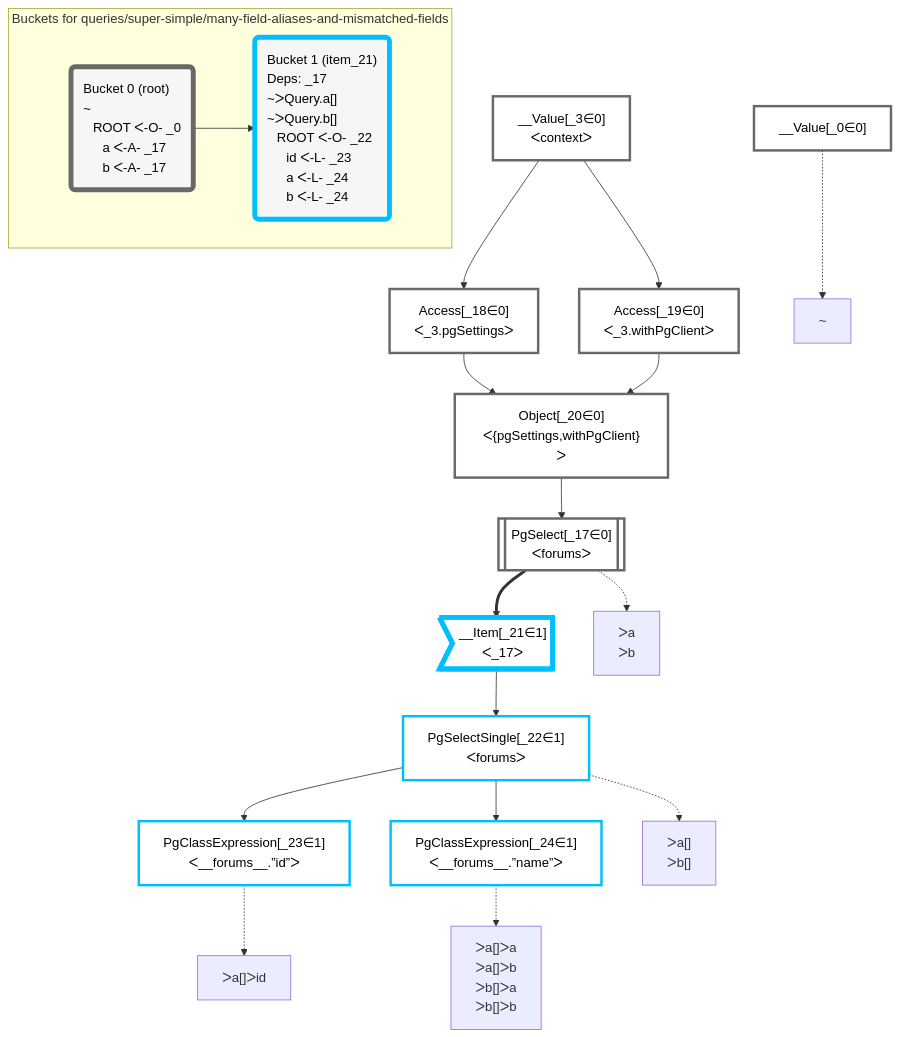
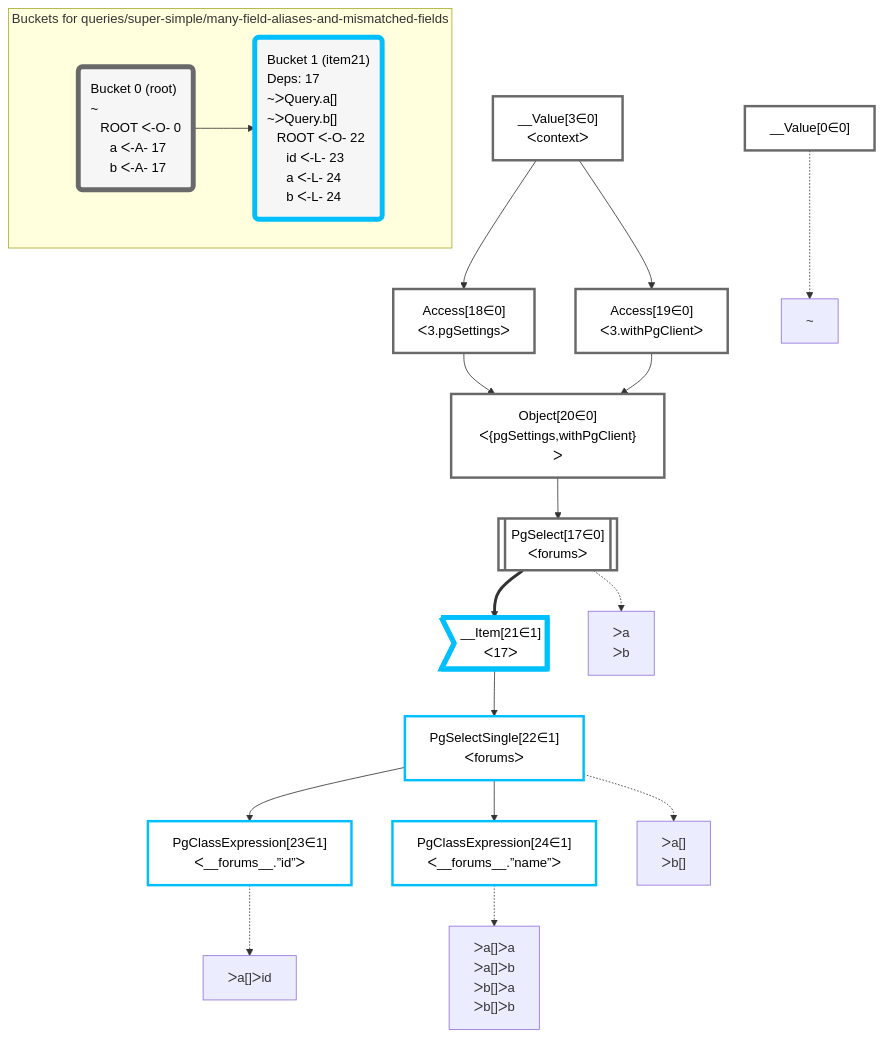
The diagram in packages/dataplan-pg/__tests__/queries/super-simple/many-field-aliases-and-mismatched-fields.deopt.mermaid.md (graphile/crystal), drawn with Mermaid before and after one commit. The commit also changed 195 other files, not shown here.

````diff
--- a/packages/dataplan-pg/__tests__/queries/super-simple/many-field-aliases-and-mismatched-fields.deopt.mermaid.md
+++ b/packages/dataplan-pg/__tests__/queries/super-simple/many-field-aliases-and-mismatched-fields.deopt.mermaid.md
@@ -1,53 +1,53 @@
 ```mermaid
 graph TD
     classDef path fill:#eee,stroke:#000,color:#000
     classDef plan fill:#fff,stroke-width:3px,color:#000
     classDef itemplan fill:#fff,stroke-width:6px,color:#000
     classDef sideeffectplan fill:#f00,stroke-width:6px,color:#000
     classDef bucket fill:#f6f6f6,color:#000,stroke-width:6px,text-align:left
 
 
     %% define plans
-    __Value_0["__Value[_0∈0]"]:::plan
-    PgClassExpression_23["PgClassExpression[_23∈1]<br />ᐸ__forums__.”id”ᐳ"]:::plan
-    PgClassExpression_24["PgClassExpression[_24∈1]<br />ᐸ__forums__.”name”ᐳ"]:::plan
-    PgSelectSingle_22["PgSelectSingle[_22∈1]<br />ᐸforumsᐳ"]:::plan
-    __Item_21>"__Item[_21∈1]<br />ᐸ_17ᐳ"]:::itemplan
-    PgSelect_17[["PgSelect[_17∈0]<br />ᐸforumsᐳ"]]:::plan
-    Object_20["Object[_20∈0]<br />ᐸ{pgSettings,withPgClient}ᐳ"]:::plan
-    Access_18["Access[_18∈0]<br />ᐸ_3.pgSettingsᐳ"]:::plan
-    Access_19["Access[_19∈0]<br />ᐸ_3.withPgClientᐳ"]:::plan
-    __Value_3["__Value[_3∈0]<br />ᐸcontextᐳ"]:::plan
+    __Value0["__Value[0∈0]"]:::plan
+    PgClassExpression23["PgClassExpression[23∈1]<br />ᐸ__forums__.”id”ᐳ"]:::plan
+    PgClassExpression24["PgClassExpression[24∈1]<br />ᐸ__forums__.”name”ᐳ"]:::plan
+    PgSelectSingle22["PgSelectSingle[22∈1]<br />ᐸforumsᐳ"]:::plan
+    __Item21>"__Item[21∈1]<br />ᐸ17ᐳ"]:::itemplan
+    PgSelect17[["PgSelect[17∈0]<br />ᐸforumsᐳ"]]:::plan
+    Object20["Object[20∈0]<br />ᐸ{pgSettings,withPgClient}ᐳ"]:::plan
+    Access18["Access[18∈0]<br />ᐸ3.pgSettingsᐳ"]:::plan
+    Access19["Access[19∈0]<br />ᐸ3.withPgClientᐳ"]:::plan
+    __Value3["__Value[3∈0]<br />ᐸcontextᐳ"]:::plan
 
     %% plan dependencies
-    PgSelectSingle_22 --> PgClassExpression_23
-    PgSelectSingle_22 --> PgClassExpression_24
-    __Item_21 --> PgSelectSingle_22
-    PgSelect_17 ==> __Item_21
-    Object_20 --> PgSelect_17
-    Access_18 & Access_19 --> Object_20
-    __Value_3 --> Access_18
-    __Value_3 --> Access_19
+    PgSelectSingle22 --> PgClassExpression23
+    PgSelectSingle22 --> PgClassExpression24
+    __Item21 --> PgSelectSingle22
+    PgSelect17 ==> __Item21
+    Object20 --> PgSelect17
+    Access18 & Access19 --> Object20
+    __Value3 --> Access18
+    __Value3 --> Access19
 
     %% plan-to-path relationships
-    P_0["~"]
-    __Value_0 -.-> P_0
-    P_17["ᐳa<br />ᐳb"]
-    PgSelect_17 -.-> P_17
-    P_22["ᐳa[]<br />ᐳb[]"]
-    PgSelectSingle_22 -.-> P_22
-    P_23["ᐳa[]ᐳid"]
-    PgClassExpression_23 -.-> P_23
-    P_24["ᐳa[]ᐳa<br />ᐳa[]ᐳb<br />ᐳb[]ᐳa<br />ᐳb[]ᐳb"]
-    PgClassExpression_24 -.-> P_24
+    P0["~"]
+    __Value0 -.-> P0
+    P17["ᐳa<br />ᐳb"]
+    PgSelect17 -.-> P17
+    P22["ᐳa[]<br />ᐳb[]"]
+    PgSelectSingle22 -.-> P22
+    P23["ᐳa[]ᐳid"]
+    PgClassExpression23 -.-> P23
+    P24["ᐳa[]ᐳa<br />ᐳa[]ᐳb<br />ᐳb[]ᐳa<br />ᐳb[]ᐳb"]
+    PgClassExpression24 -.-> P24
 
     subgraph "Buckets for queries/super-simple/many-field-aliases-and-mismatched-fields"
-    Bucket0("Bucket 0 (root)<br />~<br />⠀ROOT ᐸ-O- _0<br />⠀⠀a ᐸ-A- _17<br />⠀⠀b ᐸ-A- _17"):::bucket
+    Bucket0("Bucket 0 (root)<br />~<br />⠀ROOT ᐸ-O- 0<br />⠀⠀a ᐸ-A- 17<br />⠀⠀b ᐸ-A- 17"):::bucket
     classDef bucket0 stroke:#696969
-    class Bucket0,__Value_0,__Value_3,PgSelect_17,Access_18,Access_19,Object_20 bucket0
-    Bucket1("Bucket 1 (item_21)<br />Deps: _17<br />~ᐳQuery.a[]<br />~ᐳQuery.b[]<br />⠀ROOT ᐸ-O- _22<br />⠀⠀id ᐸ-L- _23<br />⠀⠀a ᐸ-L- _24<br />⠀⠀b ᐸ-L- _24"):::bucket
+    class Bucket0,__Value0,__Value3,PgSelect17,Access18,Access19,Object20 bucket0
+    Bucket1("Bucket 1 (item21)<br />Deps: 17<br />~ᐳQuery.a[]<br />~ᐳQuery.b[]<br />⠀ROOT ᐸ-O- 22<br />⠀⠀id ᐸ-L- 23<br />⠀⠀a ᐸ-L- 24<br />⠀⠀b ᐸ-L- 24"):::bucket
     classDef bucket1 stroke:#00bfff
-    class Bucket1,__Item_21,PgSelectSingle_22,PgClassExpression_23,PgClassExpression_24 bucket1
+    class Bucket1,__Item21,PgSelectSingle22,PgClassExpression23,PgClassExpression24 bucket1
     Bucket0 --> Bucket1
     end
 ```
````
